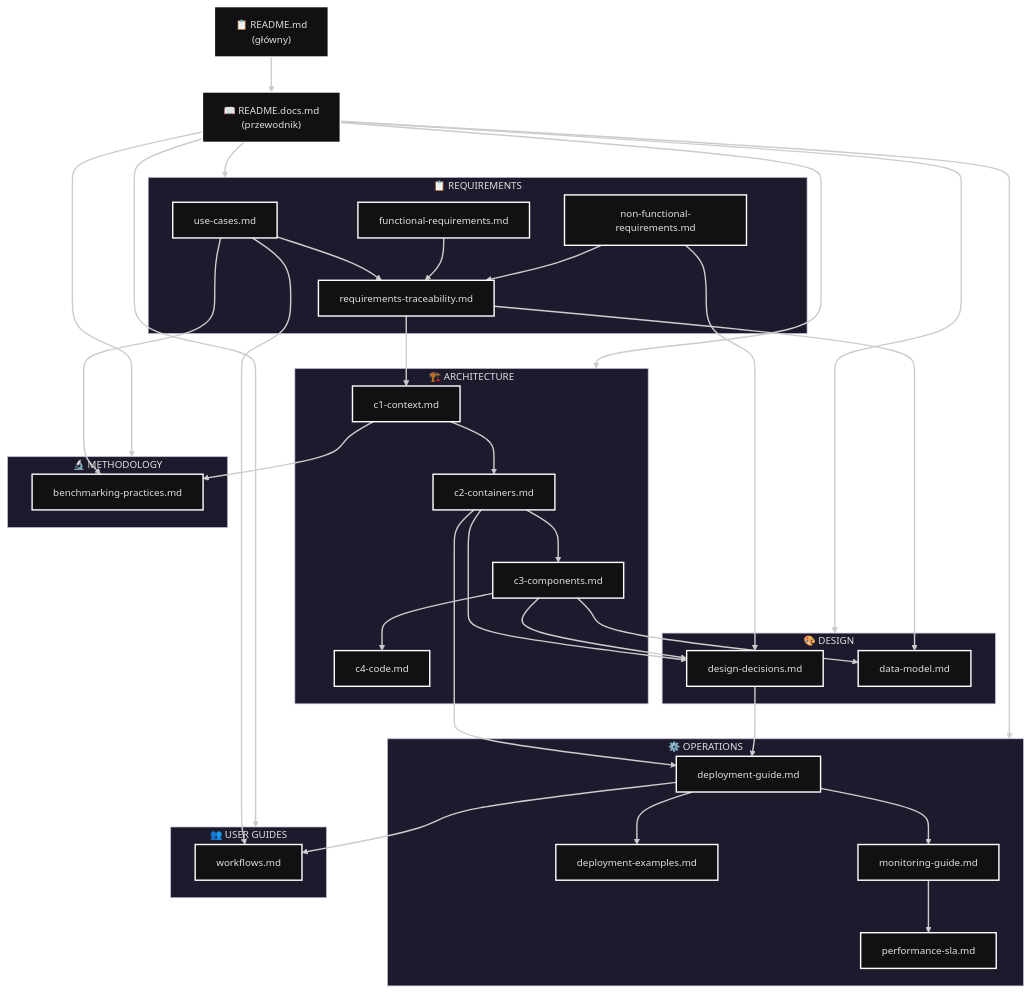
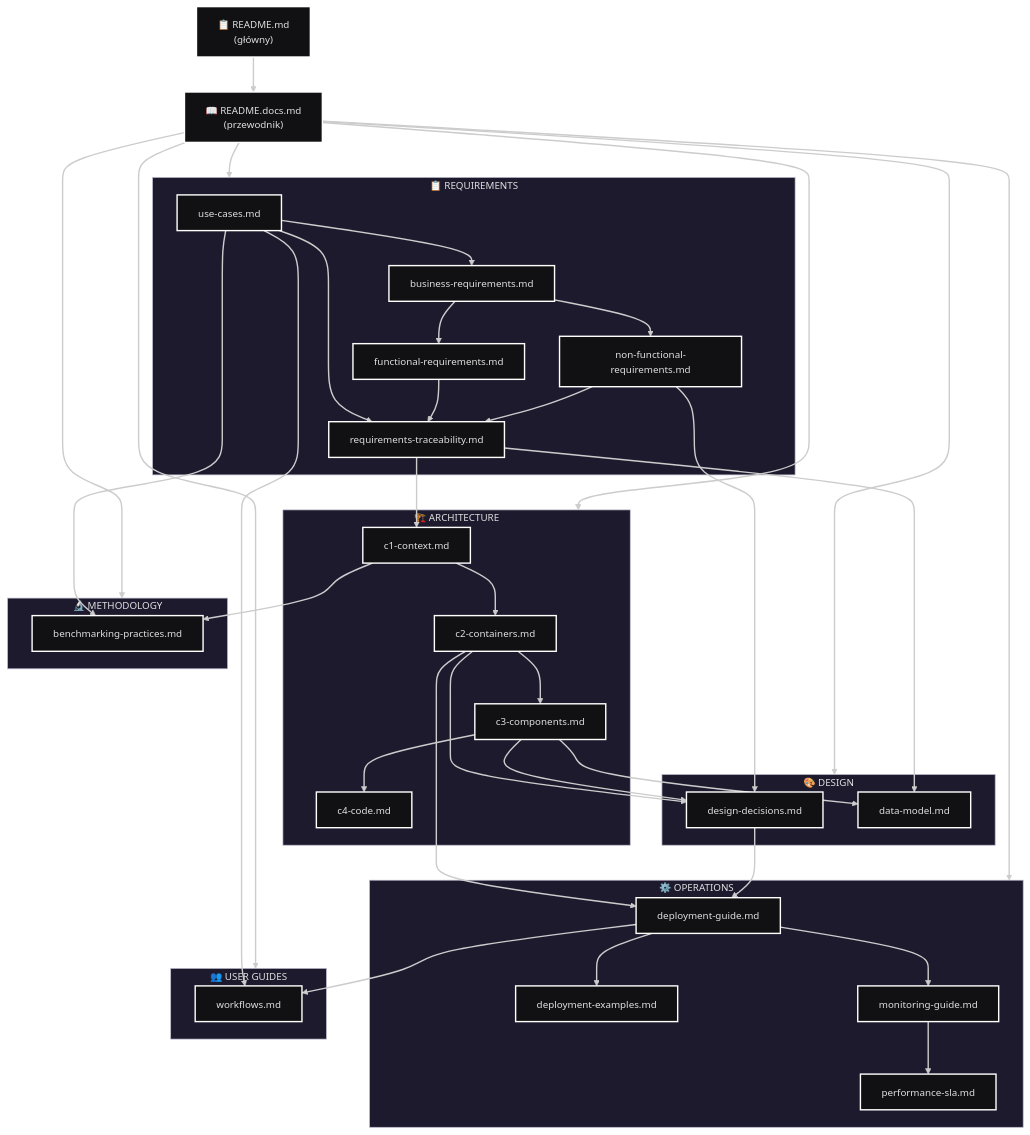
One commit to jedrzejpolaczek/aviarium.corvidae.corvus_corone changed the diagram in docs/DOCUMENT_MAP.md. Above: the diagram before and after it, drawn with Mermaid. The commit also changed other lines of this file and 21 other files, not shown here.

```diff
--- a/docs/DOCUMENT_MAP.md
+++ b/docs/DOCUMENT_MAP.md
@@ -17,6 +17,7 @@
     
     subgraph REQUIREMENTS["📋 REQUIREMENTS"]
         UC["use-cases.md"]
+        BR["business-requirements.md"]
         FR["functional-requirements.md"]
         NFR["non-functional-requirements.md"]
         RTM["requirements-traceability.md"]
@@ -57,6 +58,9 @@
     DOCS_README --> METHODOLOGY
     DOCS_README --> GUIDES
     
+    UC --> BR
+    BR --> FR
+    BR --> NFR
     UC --> RTM
     FR --> RTM
     NFR --> RTM
```
